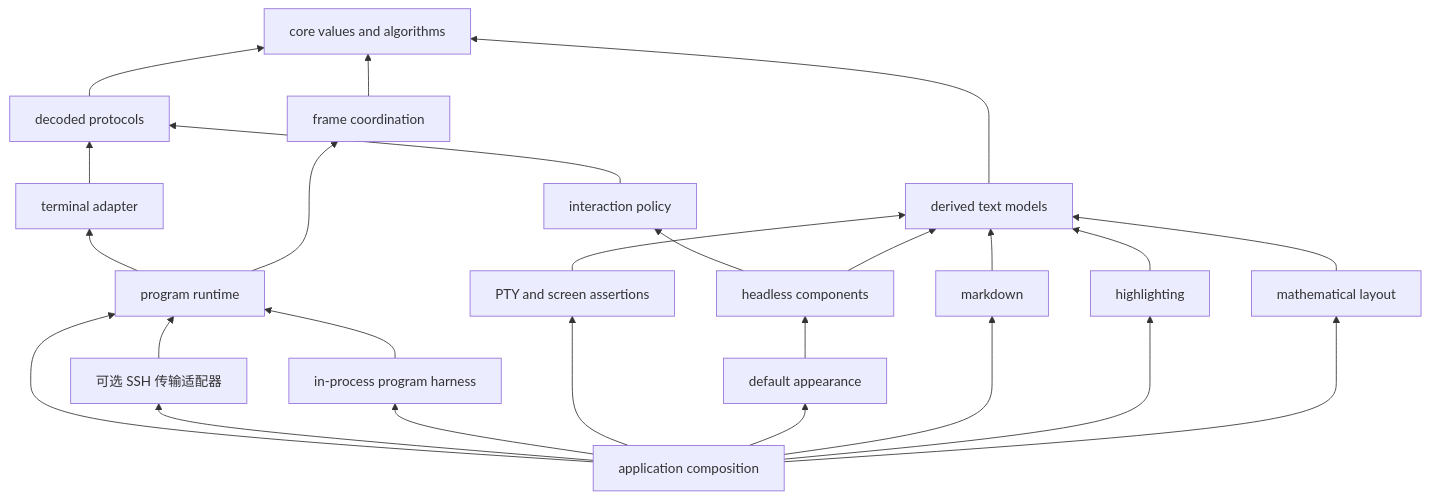
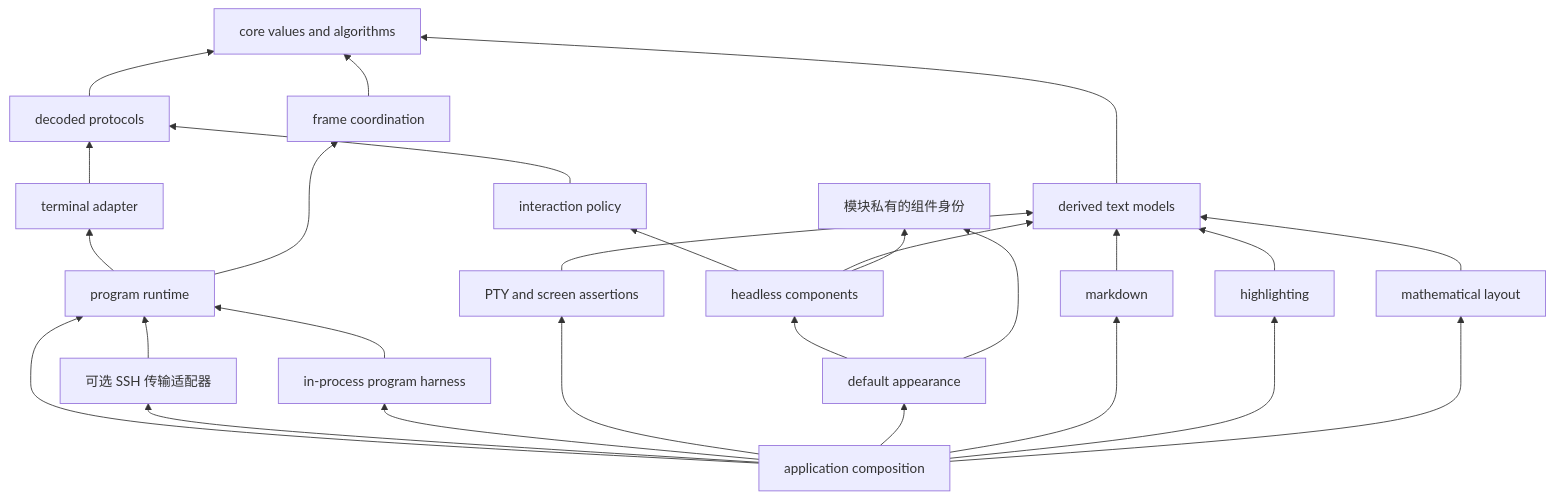
Before and after one commit to Tangerg/oolong: the third of 3 diagrams in docs/zh/architecture.md, drawn with Mermaid. The commit also changed other lines of this file and 50 other files, not shown here.

````diff
--- a/docs/zh/architecture.md
+++ b/docs/zh/architecture.md
@@ -292,28 +292,31 @@
 ```mermaid
 flowchart BT
     Foundation["core values and algorithms"]
     Protocol["decoded protocols"] --> Foundation
     Model["derived text models"] --> Foundation
     Interaction["interaction policy"] --> Protocol
     Coordination["frame coordination"] --> Foundation
     Term["terminal adapter"] --> Protocol
     Program["program runtime"] --> Term
     Program --> Coordination
     SSH["可选 SSH 传输适配器"] --> Program
     ProgramTest["in-process program harness"] --> Program
     Harness["PTY and screen assertions"] --> Model
+    ComponentIdentity["模块私有的组件身份"]
     Headless["headless components"] --> Interaction
     Headless --> Model
+    Headless --> ComponentIdentity
     Kit["default appearance"] --> Headless
+    Kit --> ComponentIdentity
     Markdown["markdown"] --> Model
     Highlight["highlighting"] --> Model
     Latex["mathematical layout"] --> Model
     App["application composition"] --> Program
     App --> SSH
     App --> ProgramTest
     App --> Harness
     App --> Kit
     App --> Markdown
     App --> Highlight
     App --> Latex
 ```
````
